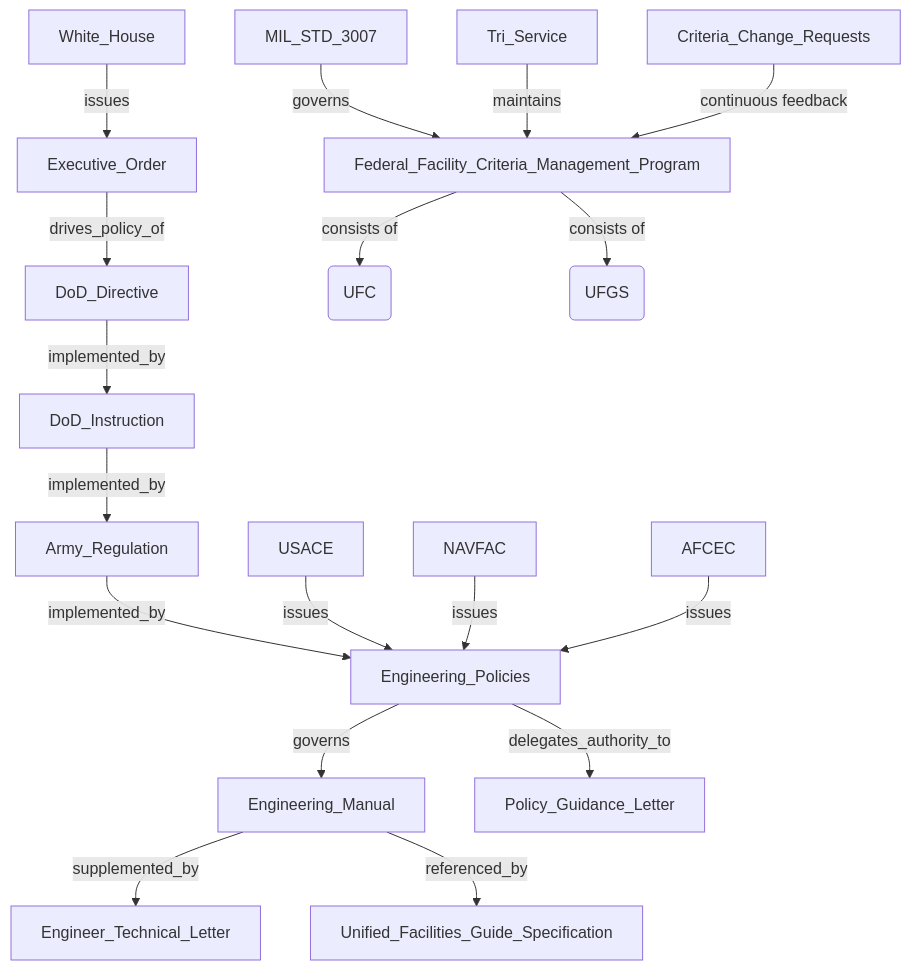
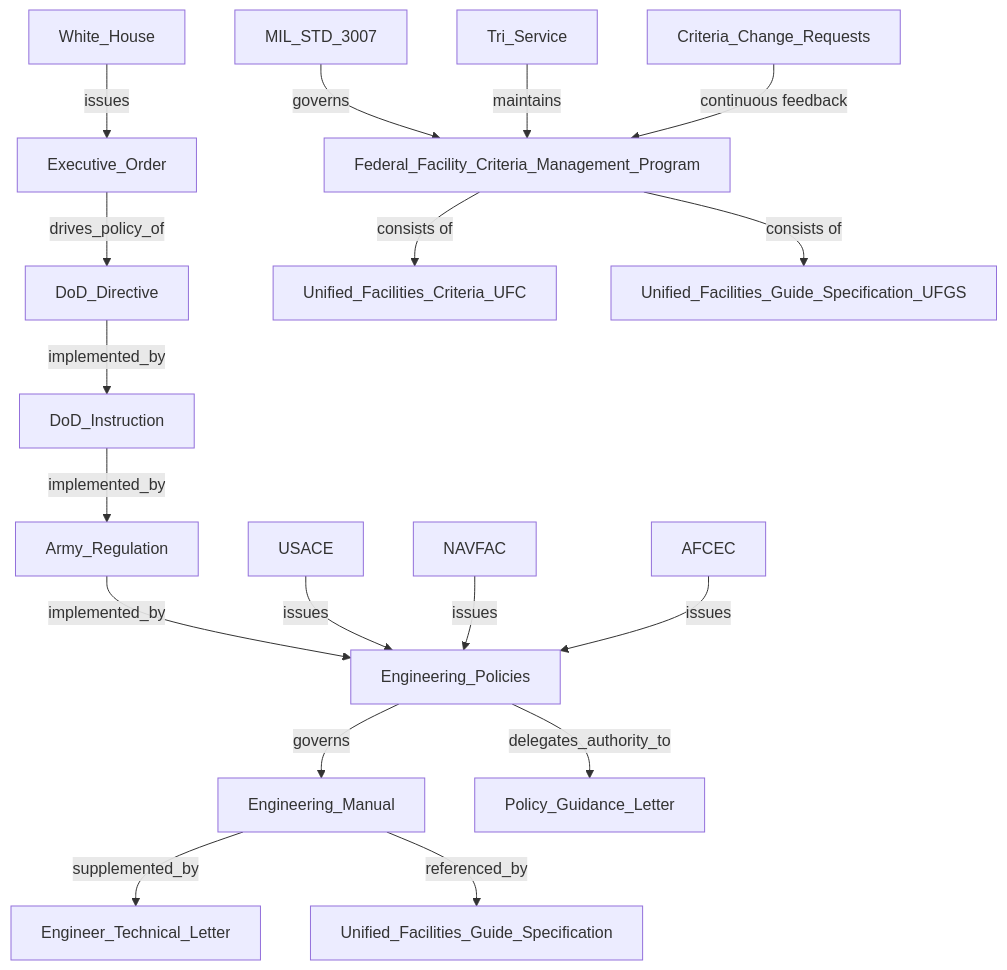
The diagram in data/KG_document_hierarchy.md (vdubya/criteria-assistant), drawn with Mermaid before and after one commit.

````diff
--- a/data/KG_document_hierarchy.md
+++ b/data/KG_document_hierarchy.md
@@ -1,20 +1,20 @@
 ```mermaid
 graph TD
   White_House -->|issues| Executive_Order
   Executive_Order -->|drives_policy_of| DoD_Directive
   DoD_Directive -->|implemented_by| DoD_Instruction
   DoD_Instruction -->|implemented_by| Army_Regulation
   Army_Regulation -->|implemented_by| Engineering_Policies
   Engineering_Policies -->|governs| Engineering_Manual
   Engineering_Manual -->|supplemented_by| Engineer_Technical_Letter
   Engineering_Policies -->|delegates_authority_to| Policy_Guidance_Letter
   Engineering_Manual -->|referenced_by| Unified_Facilities_Guide_Specification
   MIL_STD_3007 -->|governs| Federal_Facility_Criteria_Management_Program
   USACE -->|issues| Engineering_Policies
   NAVFAC -->|issues| Engineering_Policies
   AFCEC -->|issues| Engineering_Policies
   Tri_Service -->|maintains| Federal_Facility_Criteria_Management_Program
-  Federal_Facility_Criteria_Management_Program --> |consists of| Unified_Facilities_Criteria_(UFC)
-  Federal_Facility_Criteria_Management_Program --> |consists of| Unified_Facilities_Guide_Specification_(UFGS)
+  Federal_Facility_Criteria_Management_Program --> |consists of| Unified_Facilities_Criteria_UFC
+  Federal_Facility_Criteria_Management_Program --> |consists of| Unified_Facilities_Guide_Specification_UFGS
   Criteria_Change_Requests --> |continuous feedback| Federal_Facility_Criteria_Management_Program
 ```
````
